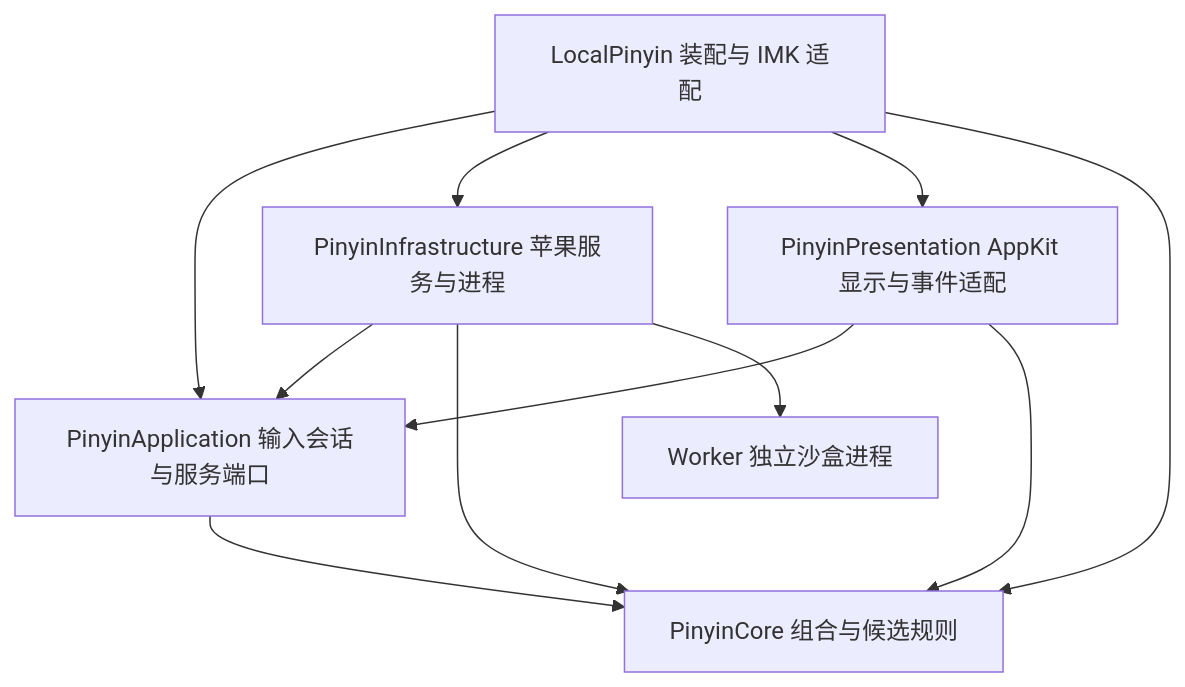
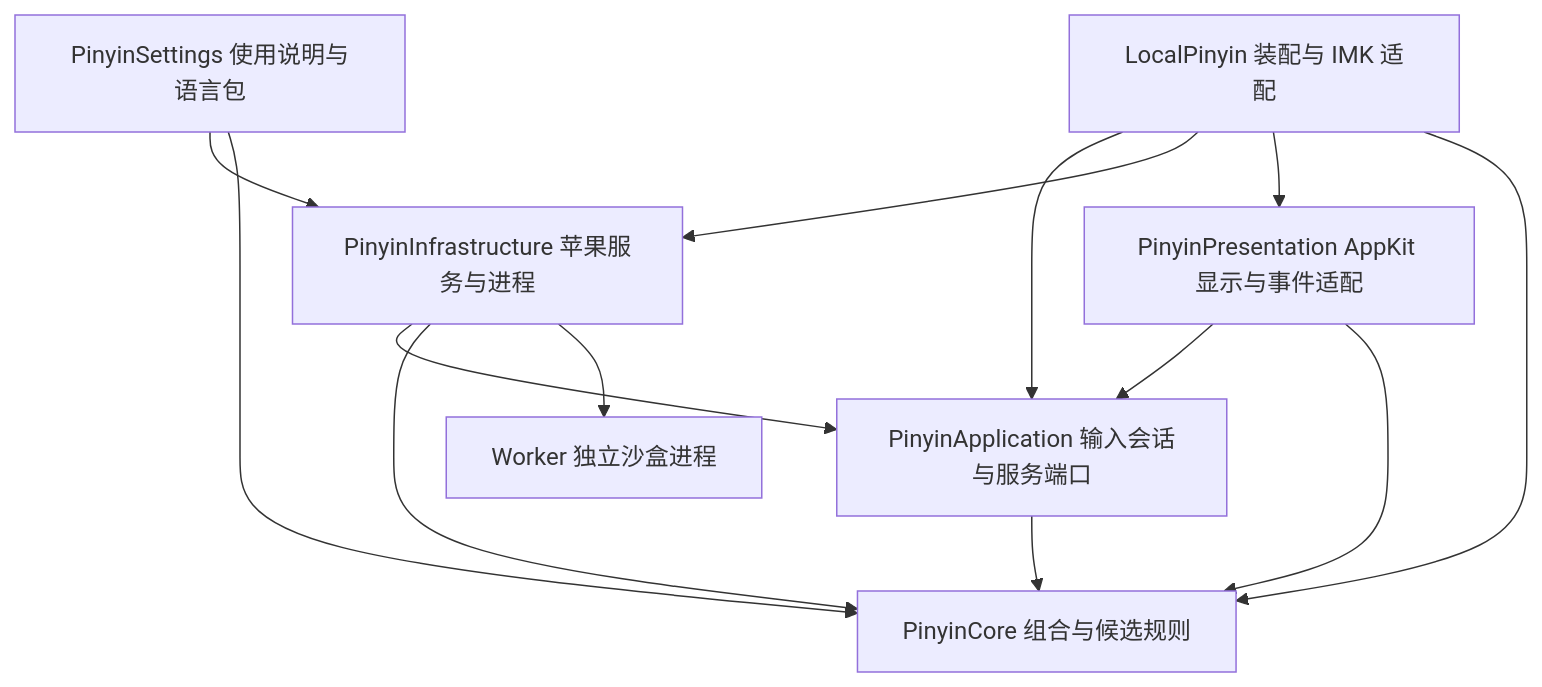
Before and after one commit to SMILEWYH/LocalPinyinLab: the first of 2 diagrams in Docs/ARCHITECTURE.md, drawn with Mermaid. The commit also changed other lines of this file and 38 other files, not shown here.

````diff
--- a/Docs/ARCHITECTURE.md
+++ b/Docs/ARCHITECTURE.md
@@ -7,13 +7,15 @@
 ```mermaid
 flowchart TD
     App[LocalPinyin 装配与 IMK 适配] --> Application[PinyinApplication 输入会话与服务端口]
     App --> Infrastructure[PinyinInfrastructure 苹果服务与进程]
     App --> Presentation[PinyinPresentation AppKit 显示与事件适配]
     App --> Core[PinyinCore 组合与候选规则]
+    Settings[PinyinSettings 使用说明与语言包] --> Infrastructure
+    Settings --> Core
     Infrastructure --> Application
     Infrastructure --> Core
     Presentation --> Application
     Presentation --> Core
     Application --> Core
     Infrastructure --> Worker[Worker 独立沙盒进程]
 ```
````
